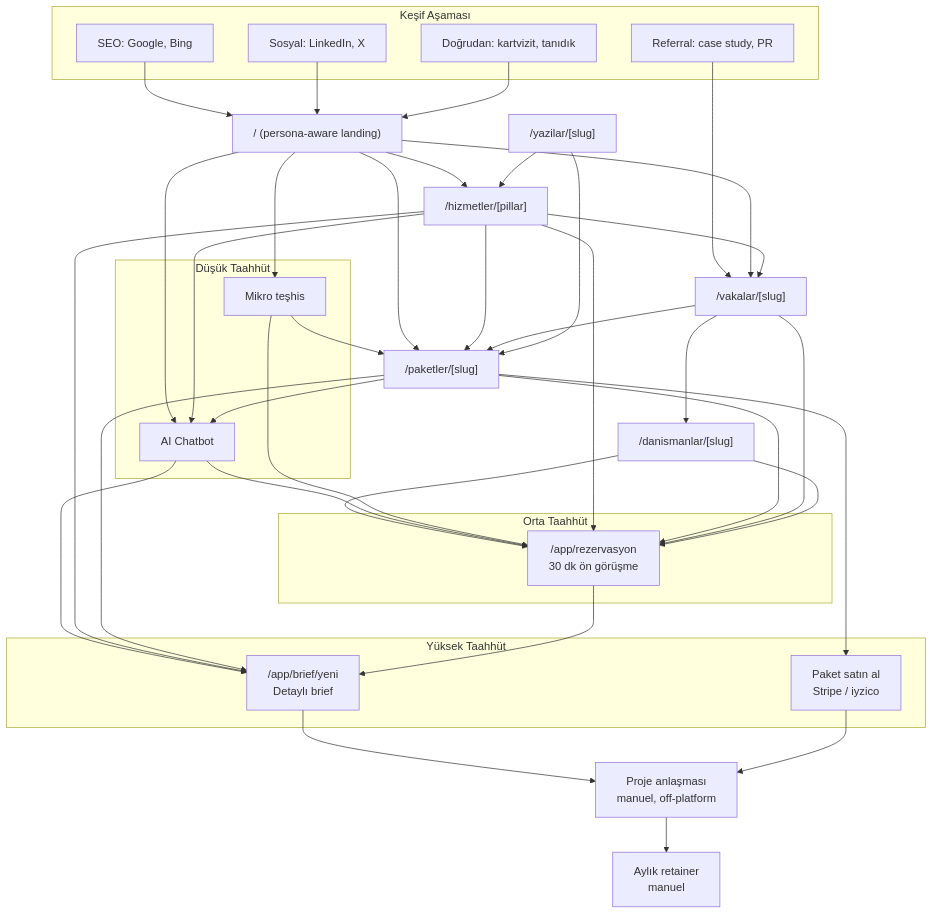
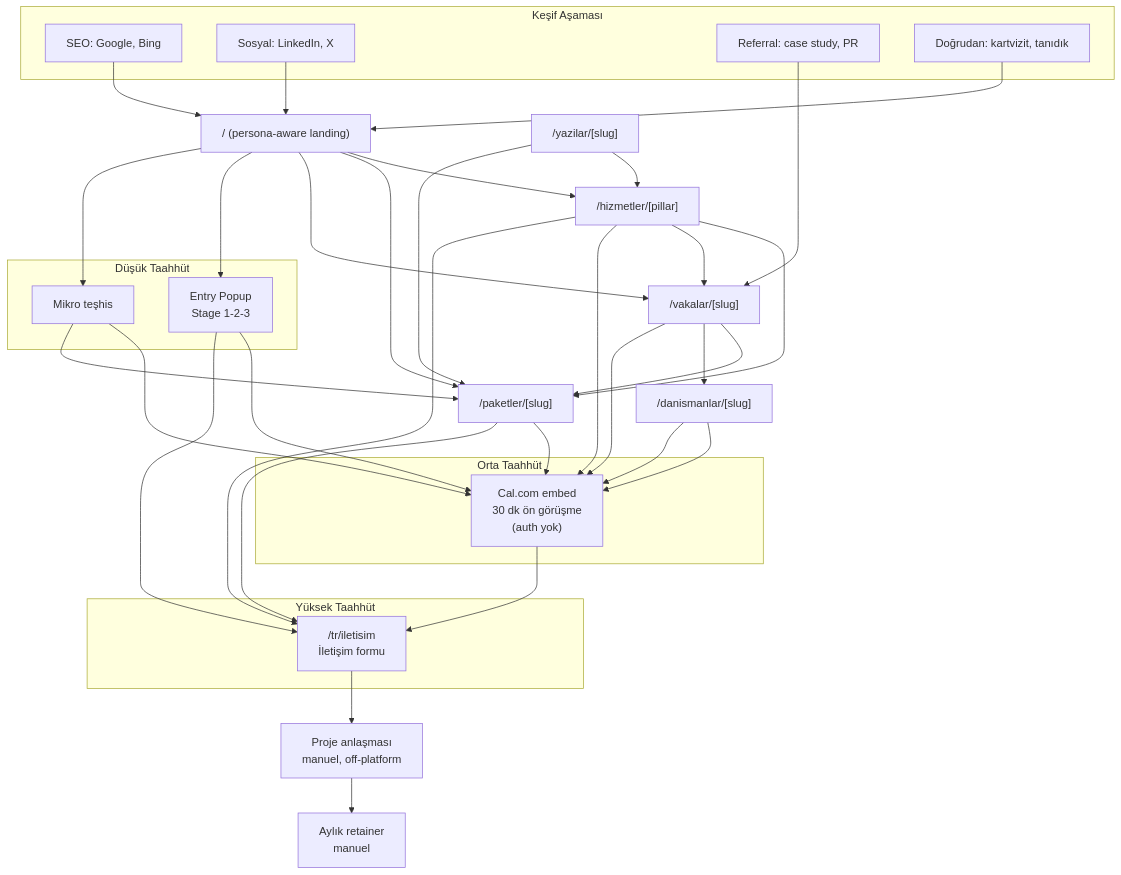
Before and after one commit to burakardaozgul/indoles_new: the first of 5 diagrams in docs/11-funnel-customer-flows.md, drawn with Mermaid. The commit also changed other lines of this file, not shown here.

Commit message:
docs(funnel): remove auth-required booking + AI entry points

````diff
--- a/docs/11-funnel-customer-flows.md
+++ b/docs/11-funnel-customer-flows.md
@@ -86,70 +78,64 @@
 ```mermaid
 flowchart TD
   subgraph Discovery["Keşif Aşaması"]
     SEO[SEO: Google, Bing]
     Social[Sosyal: LinkedIn, X]
     Referral[Referral: case study, PR]
     Direct[Doğrudan: kartvizit, tanıdık]
   end
 
   Home["/ (persona-aware landing)"]
   Pillar["/hizmetler/[pillar]"]
   Package["/paketler/[slug]"]
   Case["/vakalar/[slug]"]
   Consultant["/danismanlar/[slug]"]
   Article["/yazilar/[slug]"]
 
   SEO --> Home
   Social --> Home
   Referral --> Case
   Direct --> Home
 
   Home --> Pillar
   Home --> Package
   Home --> Case
   Pillar --> Package
   Pillar --> Case
   Case --> Package
   Case --> Consultant
   Consultant --> Booking
   Article --> Pillar
   Article --> Package
 
   subgraph Low["Düşük Taahhüt"]
-    Chat[AI Chatbot]
+    Popup[Entry Popup<br/>Stage 1-2-3]
     Diagnostic[Mikro teşhis]
   end
 
   subgraph Mid["Orta Taahhüt"]
-    Booking["/app/rezervasyon<br/>30 dk ön görüşme"]
+    Booking["Cal.com embed<br/>30 dk ön görüşme<br/>(auth yok)"]
   end
 
   subgraph High["Yüksek Taahhüt"]
-    Brief["/app/brief/yeni<br/>Detaylı brief"]
-    Purchase["Paket satın al<br/>Stripe / iyzico"]
+    Contact["/tr/iletisim<br/>İletişim formu"]
   end
 
-  Home --> Chat
-  Pillar --> Chat
-  Package --> Chat
+  Home --> Popup
   Home --> Diagnostic
-
-  Chat --> Booking
-  Chat --> Brief
+  Popup --> Booking
+  Popup --> Contact
   Diagnostic --> Booking
   Diagnostic --> Package
 
   Pillar --> Booking
-  Pillar --> Brief
+  Pillar --> Contact
   Package --> Booking
-  Package --> Brief
-  Package --> Purchase
+  Package --> Contact
   Case --> Booking
   Consultant --> Booking
 
-  Booking --> Brief
-  Brief --> Project["Proje anlaşması<br/>manuel, off-platform"]
-  Purchase --> Project
+  Booking --> Contact
+  Contact --> Project["Proje anlaşması<br/>manuel, off-platform"]
 
   Project --> Retainer["Aylık retainer<br/>manuel"]
 ```
````
